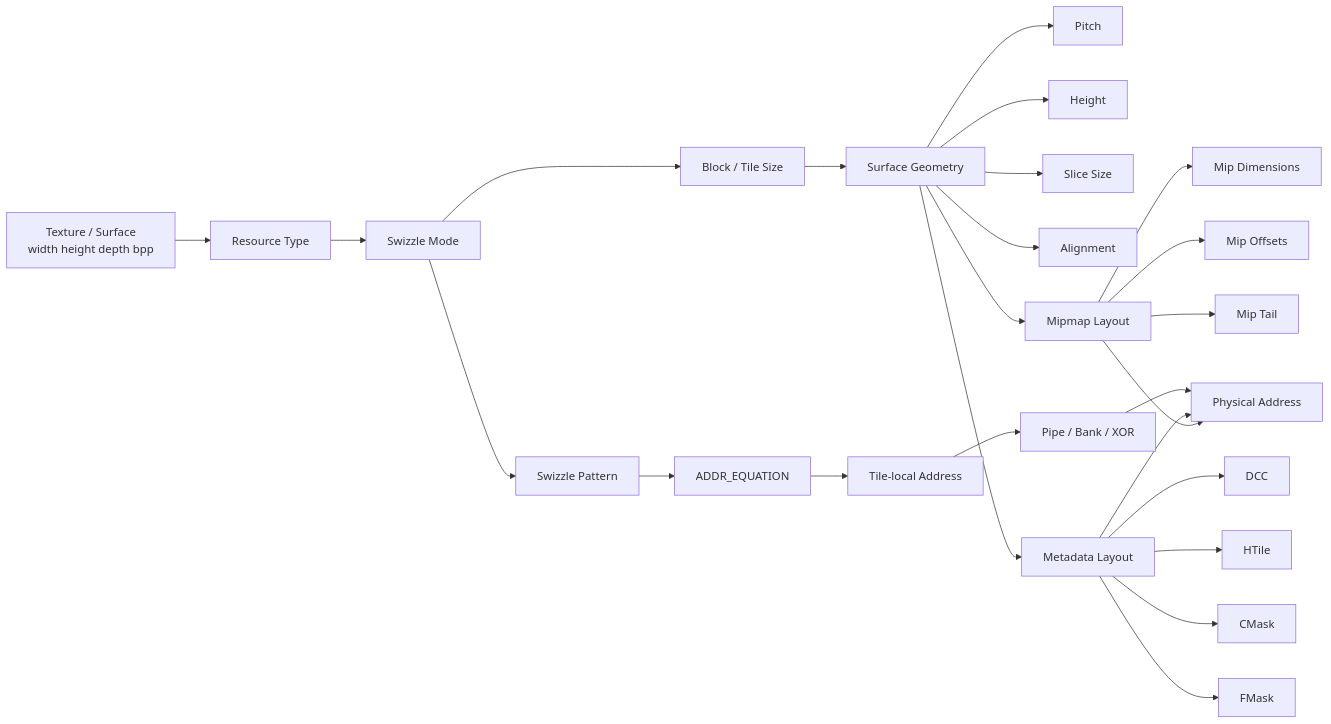
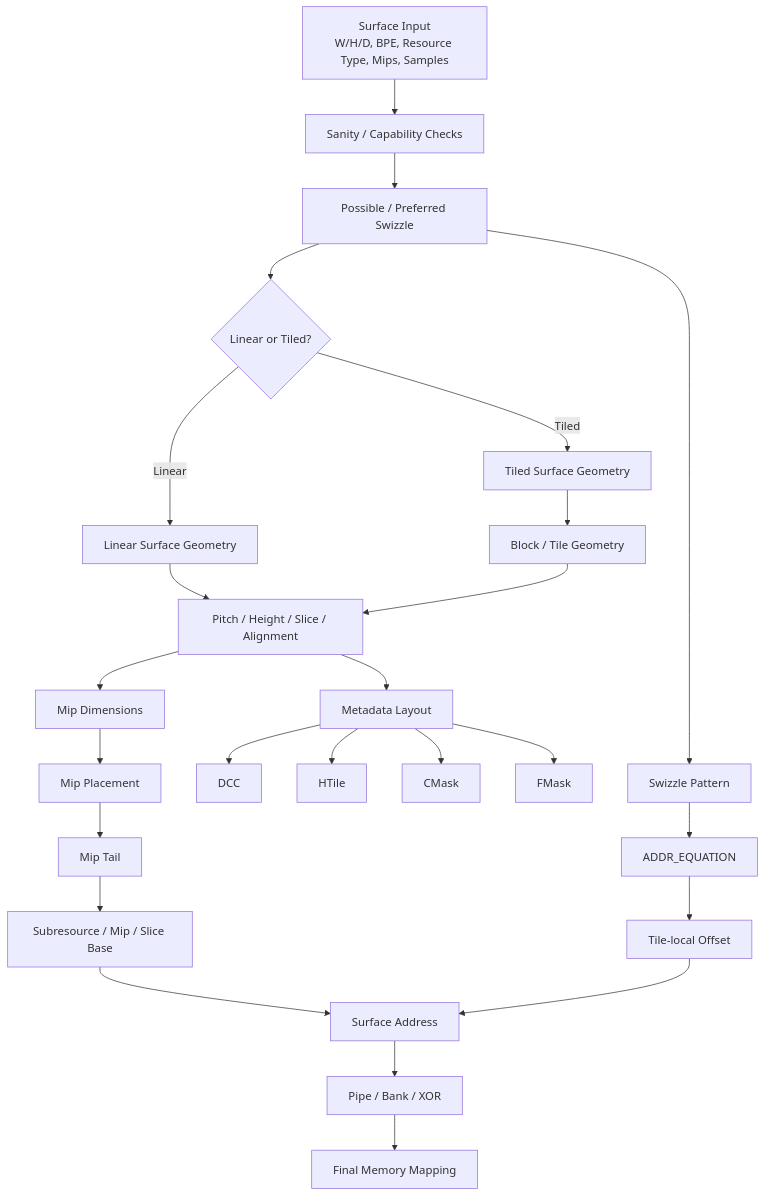
The ninth of 10 diagrams in analysis/gfx10_addrlib_深入浅出总览.md (niyingsong123/amd-gfx10-addrlib), drawn with Mermaid before and after one commit. The commit also changed other lines of this file, not shown here.

Commit message:
docs: enrich GFX10 AddrLib overview with source-derived diagrams

````diff
--- a/analysis/gfx10_addrlib_深入浅出总览.md
+++ b/analysis/gfx10_addrlib_深入浅出总览.md
@@ -1033,34 +760,33 @@
 ```mermaid
-flowchart LR
-    A[Texture / Surface
-    width height depth bpp] --> B[Resource Type]
-    B --> C[Swizzle Mode]
-    C --> D[Block / Tile Size]
+flowchart TD
+    A[Surface Input\nW/H/D, BPE, Resource Type, Mips, Samples] --> B[Sanity / Capability Checks]
+    B --> C[Possible / Preferred Swizzle]
+    C --> D{Linear or Tiled?}
 
-    D --> E[Surface Geometry]
-    E --> E1[Pitch]
-    E --> E2[Height]
-    E --> E3[Slice Size]
-    E --> E4[Alignment]
+    D -->|Linear| E[Linear Surface Geometry]
+    D -->|Tiled| F[Tiled Surface Geometry]
 
-    E --> F[Mipmap Layout]
-    F --> F1[Mip Dimensions]
-    F --> F2[Mip Offsets]
-    F --> F3[Mip Tail]
+    F --> G[Block / Tile Geometry]
+    G --> H[Pitch / Height / Slice / Alignment]
+    E --> H
 
-    C --> G[Swizzle Pattern]
-    G --> H[ADDR_EQUATION]
-    H --> I[Tile-local Address]
+    H --> I[Mip Dimensions]
+    I --> J[Mip Placement]
+    J --> K[Mip Tail]
 
-    I --> J[Pipe / Bank / XOR]
-    J --> K[Physical Address]
+    C --> L[Swizzle Pattern]
+    L --> M[ADDR_EQUATION]
 
-    E --> L[Metadata Layout]
-    L --> L1[DCC]
-    L --> L2[HTile]
-    L --> L3[CMask]
-    L --> L4[FMask]
+    K --> N[Subresource / Mip / Slice Base]
+    M --> O[Tile-local Offset]
+    N --> P[Surface Address]
+    O --> P
+    P --> Q[Pipe / Bank / XOR]
+    Q --> R[Final Memory Mapping]
 
-    L --> K
-    F --> K
+    H --> S[Metadata Layout]
+    S --> S1[DCC]
+    S --> S2[HTile]
+    S --> S3[CMask]
+    S --> S4[FMask]
 ```
````
